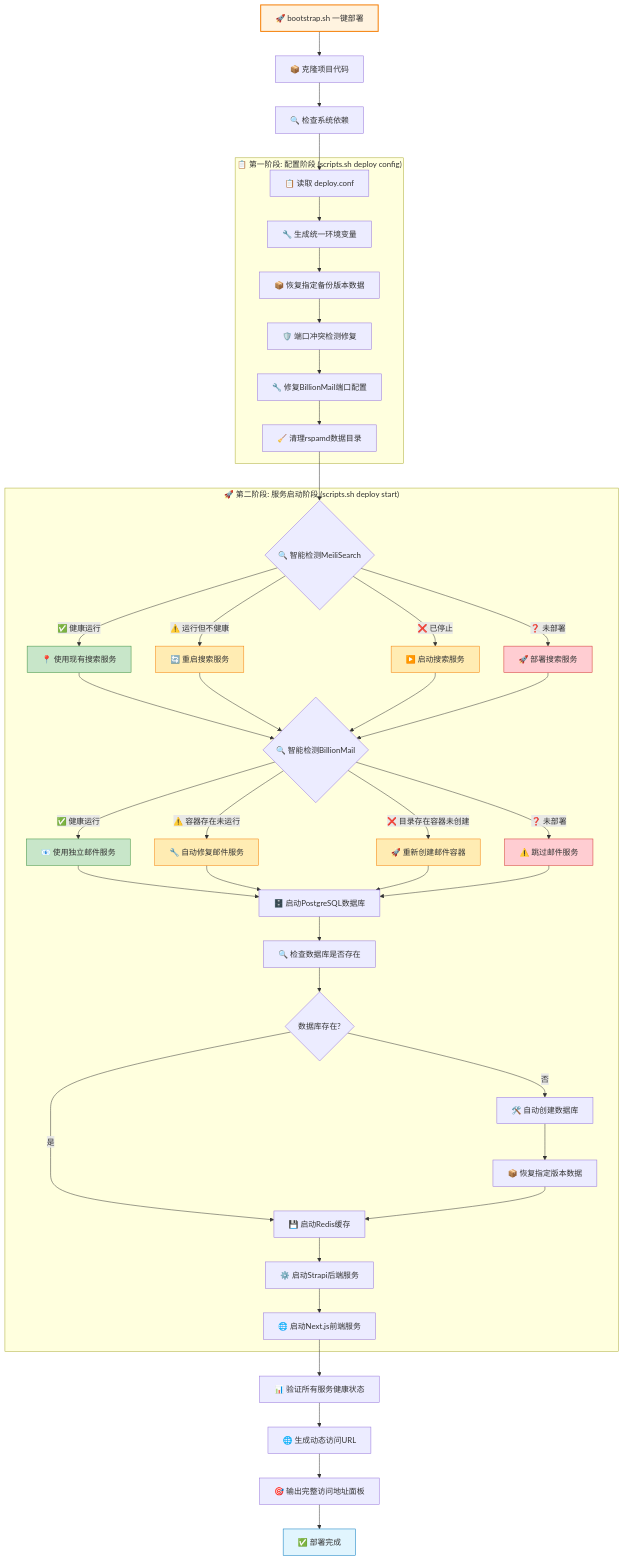
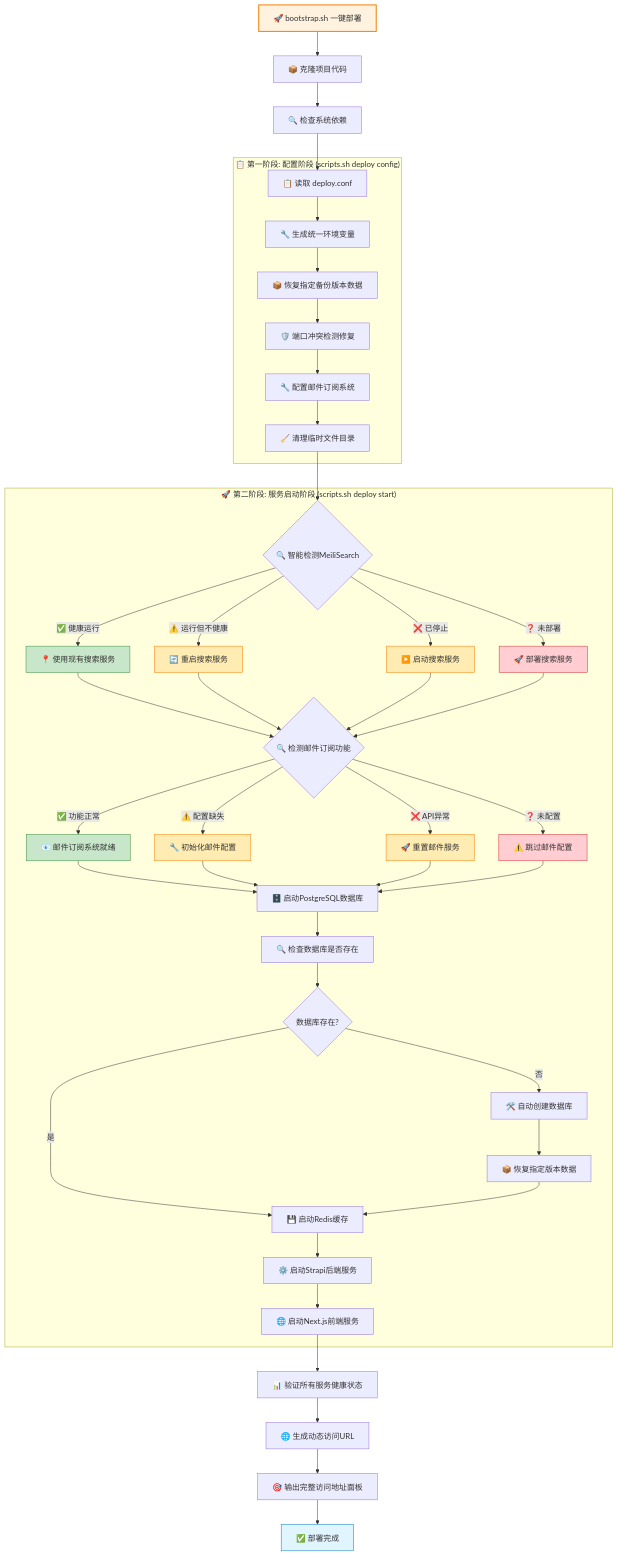
One commit to lyfe2025/aibianx changed the third of 4 diagrams in README.md. Above: the diagram before and after it, drawn with Mermaid. The commit also changed other lines of this file, not shown here.

````diff
--- a/README.md
+++ b/README.md
@@ -759,68 +758,68 @@
 ```mermaid
 flowchart TD
     %% 一键部署入口
     A[🚀 bootstrap.sh 一键部署] --> A1[📦 克隆项目代码]
     A1 --> A2[🔍 检查系统依赖]
     A2 --> B
     
     %% 第一阶段：配置阶段
     subgraph "📋 第一阶段: 配置阶段 (scripts.sh deploy config)"
         B[📋 读取 deploy.conf] --> C[🔧 生成统一环境变量]
         C --> C1[📦 恢复指定备份版本数据]
         C1 --> C2[🛡️ 端口冲突检测修复]
-        C2 --> C3[🔧 修复BillionMail端口配置]
-        C3 --> C4[🧹 清理rspamd数据目录]
+        C2 --> C3[🔧 配置邮件订阅系统]
+        C3 --> C4[🧹 清理临时文件目录]
     end
     
     %% 第二阶段：服务启动阶段
     subgraph "🚀 第二阶段: 服务启动阶段 (scripts.sh deploy start)"
         C4 --> D{🔍 智能检测MeiliSearch}
         D -->|✅ 健康运行| E1[📍 使用现有搜索服务]
         D -->|⚠️ 运行但不健康| E2[🔄 重启搜索服务]
         D -->|❌ 已停止| E3[▶️ 启动搜索服务]
         D -->|❓ 未部署| E4[🚀 部署搜索服务]
         
         E1 --> F
         E2 --> F
         E3 --> F
         E4 --> F
         
-        F{🔍 智能检测BillionMail} 
-        F -->|✅ 健康运行| G1[📧 使用独立邮件服务]
-        F -->|⚠️ 容器存在未运行| G2[🔧 自动修复邮件服务]
-        F -->|❌ 目录存在容器未创建| G3[🚀 重新创建邮件容器]
-        F -->|❓ 未部署| G4[⚠️ 跳过邮件服务]
+        F{🔍 检测邮件订阅功能} 
+        F -->|✅ 功能正常| G1[📧 邮件订阅系统就绪]
+        F -->|⚠️ 配置缺失| G2[🔧 初始化邮件配置]
+        F -->|❌ API异常| G3[🚀 重置邮件服务]
+        F -->|❓ 未配置| G4[⚠️ 跳过邮件配置]
         
         G1 --> H
         G2 --> H
         G3 --> H
         G4 --> H
         
         H[🗄️ 启动PostgreSQL数据库] --> H1[🔍 检查数据库是否存在]
         H1 --> H2{数据库存在?}
         H2 -->|否| H3[🛠️ 自动创建数据库]
         H2 -->|是| I[💾 启动Redis缓存]
         H3 --> H4[📦 恢复指定版本数据]
         H4 --> I
         I --> J[⚙️ 启动Strapi后端服务]
         J --> K[🌐 启动Next.js前端服务]
     end
     
     %% 验证和输出阶段
     K --> L[📊 验证所有服务健康状态]
     L --> M[🌐 生成动态访问URL]
     M --> N[🎯 输出完整访问地址面板]
     N --> O[✅ 部署完成]
     
     %% 样式定义
     style A fill:#fff3e0,stroke:#f57c00,stroke-width:2px
     style E1 fill:#c8e6c9,stroke:#388e3c
     style E2 fill:#ffecb3,stroke:#f57c00
     style E3 fill:#ffecb3,stroke:#f57c00
     style E4 fill:#ffcdd2,stroke:#d32f2f
     style G1 fill:#c8e6c9,stroke:#388e3c
     style G2 fill:#ffecb3,stroke:#f57c00
     style G3 fill:#ffecb3,stroke:#f57c00
     style G4 fill:#ffcdd2,stroke:#d32f2f
     style O fill:#e1f5fe,stroke:#0277bd
 ```
````
